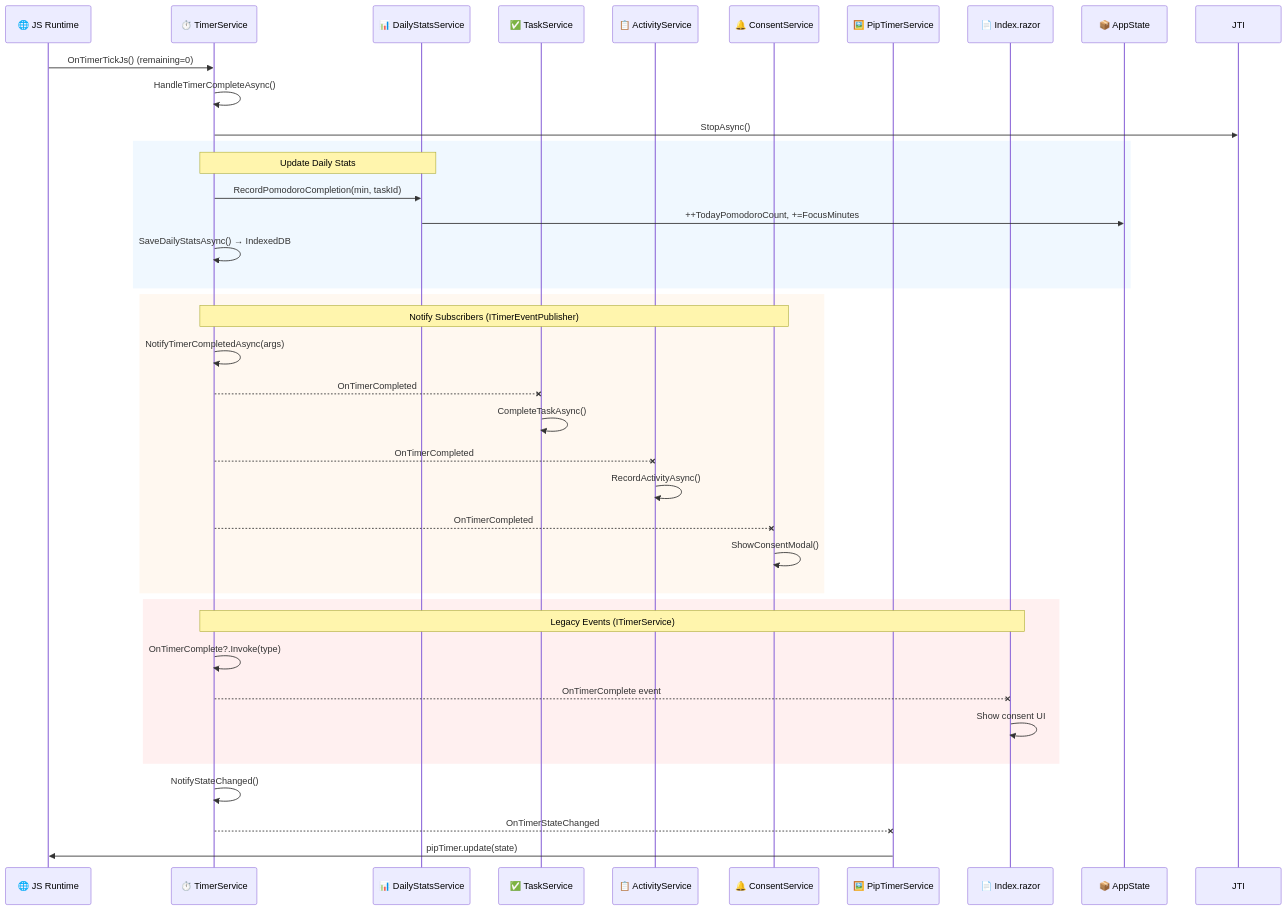
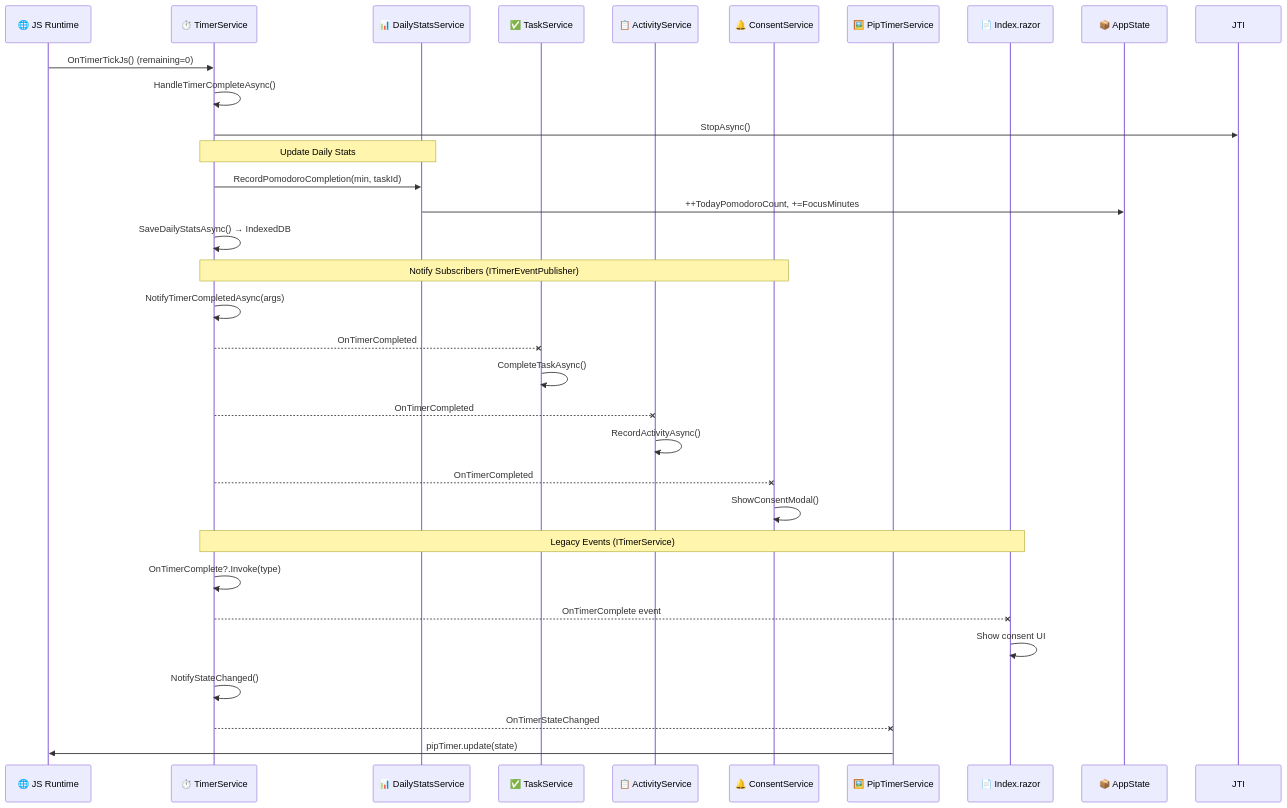
The fifth of 9 diagrams in CODEMAP.md (Nayeem170/Pomodoro), drawn with Mermaid before and after one commit. The commit also changed other lines of this file, not shown here.

Commit message:
docs: remove background colors from CODEMAP diagrams

````diff
--- a/CODEMAP.md
+++ b/CODEMAP.md
@@ -262,45 +254,39 @@
 ```mermaid
 sequenceDiagram
     participant JS as 🌐 JS Runtime
     participant TS as ⏱️ TimerService
     participant DSS as 📊 DailyStatsService
     participant TaskSvc as ✅ TaskService
     participant ActSvc as 📋 ActivityService
     participant Consent as 🔔 ConsentService
     participant Pip as 🖼️ PipTimerService
     participant I as 📄 Index.razor
     participant AS as 📦 AppState
 
     JS->>TS: OnTimerTickJs() (remaining=0)
     TS->>TS: HandleTimerCompleteAsync()
     TS->>JTI: StopAsync()
 
-    rect rgb(240, 248, 255)
-        Note over TS,DSS: Update Daily Stats
-        TS->>DSS: RecordPomodoroCompletion(min, taskId)
-        DSS->>AS: ++TodayPomodoroCount, +=FocusMinutes
-        TS->>TS: SaveDailyStatsAsync() → IndexedDB
-    end
+    Note over TS,DSS: Update Daily Stats
+    TS->>DSS: RecordPomodoroCompletion(min, taskId)
+    DSS->>AS: ++TodayPomodoroCount, +=FocusMinutes
+    TS->>TS: SaveDailyStatsAsync() → IndexedDB
 
-    rect rgb(255, 248, 240)
-        Note over TS,Consent: Notify Subscribers (ITimerEventPublisher)
-        TS->>TS: NotifyTimerCompletedAsync(args)
-        TS--xTaskSvc: OnTimerCompleted
-        TaskSvc->>TaskSvc: CompleteTaskAsync()
-        TS--xActSvc: OnTimerCompleted
-        ActSvc->>ActSvc: RecordActivityAsync()
-        TS--xConsent: OnTimerCompleted
-        Consent->>Consent: ShowConsentModal()
-    end
+    Note over TS,Consent: Notify Subscribers (ITimerEventPublisher)
+    TS->>TS: NotifyTimerCompletedAsync(args)
+    TS--xTaskSvc: OnTimerCompleted
+    TaskSvc->>TaskSvc: CompleteTaskAsync()
+    TS--xActSvc: OnTimerCompleted
+    ActSvc->>ActSvc: RecordActivityAsync()
+    TS--xConsent: OnTimerCompleted
+    Consent->>Consent: ShowConsentModal()
 
-    rect rgb(255, 240, 240)
-        Note over TS,I: Legacy Events (ITimerService)
-        TS->>TS: OnTimerComplete?.Invoke(type)
-        TS--xI: OnTimerComplete event
-        I->>I: Show consent UI
-    end
+    Note over TS,I: Legacy Events (ITimerService)
+    TS->>TS: OnTimerComplete?.Invoke(type)
+    TS--xI: OnTimerComplete event
+    I->>I: Show consent UI
 
     TS->>TS: NotifyStateChanged()
     TS--xPip: OnTimerStateChanged
     Pip->>JS: pipTimer.update(state)
 ```
````
